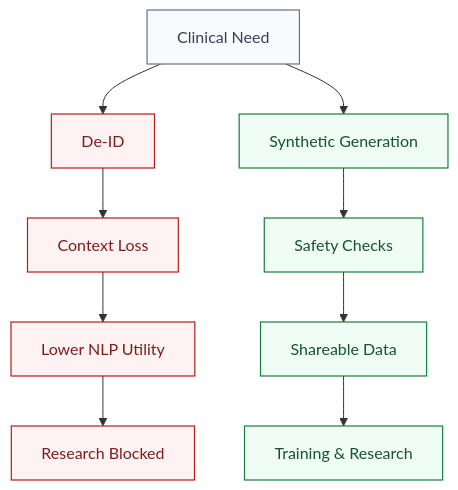
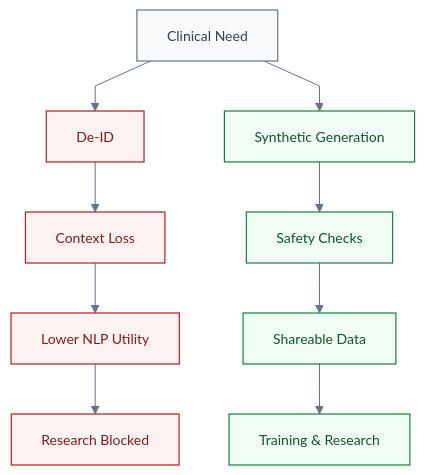
One commit to phiwi/clinical-turing-test changed the first of 3 diagrams in slides.md. Above: the diagram before and after it, drawn with Mermaid. The commit also changed other lines of this file, not shown here.

Commit message:
Update with correct date and mermaid unification.

````diff
--- a/slides.md
+++ b/slides.md
@@ -52,24 +52,25 @@
 ```mermaid {scale: 0.82}
+%%{init: {'theme':'base','themeVariables': {'primaryColor':'#f8fafc','primaryTextColor':'#334155','primaryBorderColor':'#64748b','lineColor':'#64748b','fontSize':'14px'}, 'flowchart': {'curve': 'linear', 'htmlLabels': false}} }%%
 flowchart TD
   S[Clinical Need]
   A1[De-ID]
   A2[Context Loss]
   A3[Lower NLP Utility]
   A4[Research Blocked]
 
   B1[Synthetic Generation]
   B2[Safety Checks]
   B3[Shareable Data]
   B4[Training & Research]
 
   S --> A1 --> A2 --> A3 --> A4
   S --> B1 --> B2 --> B3 --> B4
 
   classDef bad fill:#fef2f2,stroke:#b91c1c,stroke-width:1.2px,color:#7f1d1d;
   classDef good fill:#f0fdf4,stroke:#15803d,stroke-width:1.2px,color:#14532d;
   classDef neutral fill:#f8fafc,stroke:#64748b,stroke-width:1.2px,color:#334155;
 
   class S neutral;
   class A1,A2,A3,A4 bad;
   class B1,B2,B3,B4 good;
 ```
````
